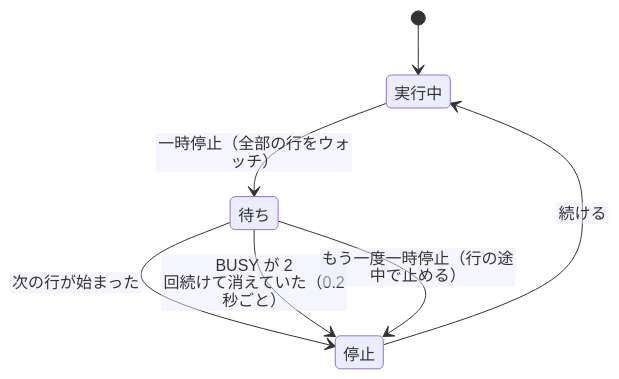
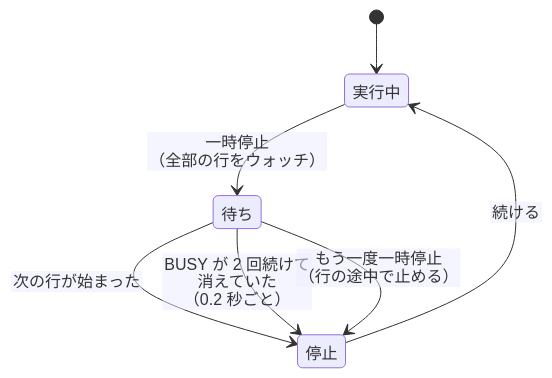
One commit to litchi-gh/pc-e500_tools changed the fourth of 5 diagrams in docs/design/07_DEBUGGER.md. Above: the diagram before and after it, drawn with Mermaid. The commit also changed 14 other files, not shown here.

First line of the commit message:
Docs: wrap state diagram and timeline labels by hand

````diff
--- a/docs/design/07_DEBUGGER.md
+++ b/docs/design/07_DEBUGGER.md
@@ -269,10 +269,10 @@
 ```mermaid
 %%{init: {"htmlLabels": false, "flowchart": {"htmlLabels": false, "wrappingWidth": 1000}}}%%
 stateDiagram-v2
   [*] --> 実行中
-  実行中 --> 待ち: 一時停止（全部の行をウォッチ）
+  実行中 --> 待ち: 一時停止<br>（全部の行をウォッチ）
   待ち --> 停止: 次の行が始まった
-  待ち --> 停止: BUSY が 2 回続けて消えていた（0.2 秒ごと）
-  待ち --> 停止: もう一度一時停止（行の途中で止める）
+  待ち --> 停止: BUSY が 2 回続けて<br>消えていた<br>（0.2 秒ごと）
+  待ち --> 停止: もう一度一時停止<br>（行の途中で止める）
   停止 --> 実行中: 続ける
 ```
````
